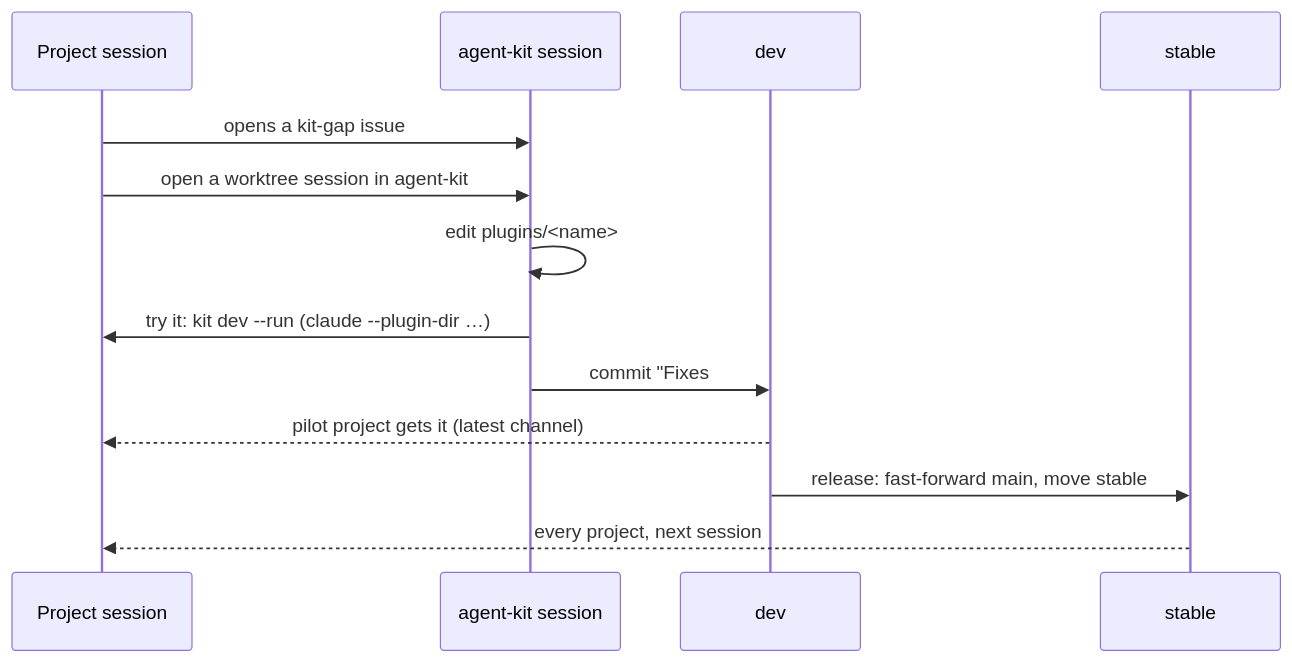
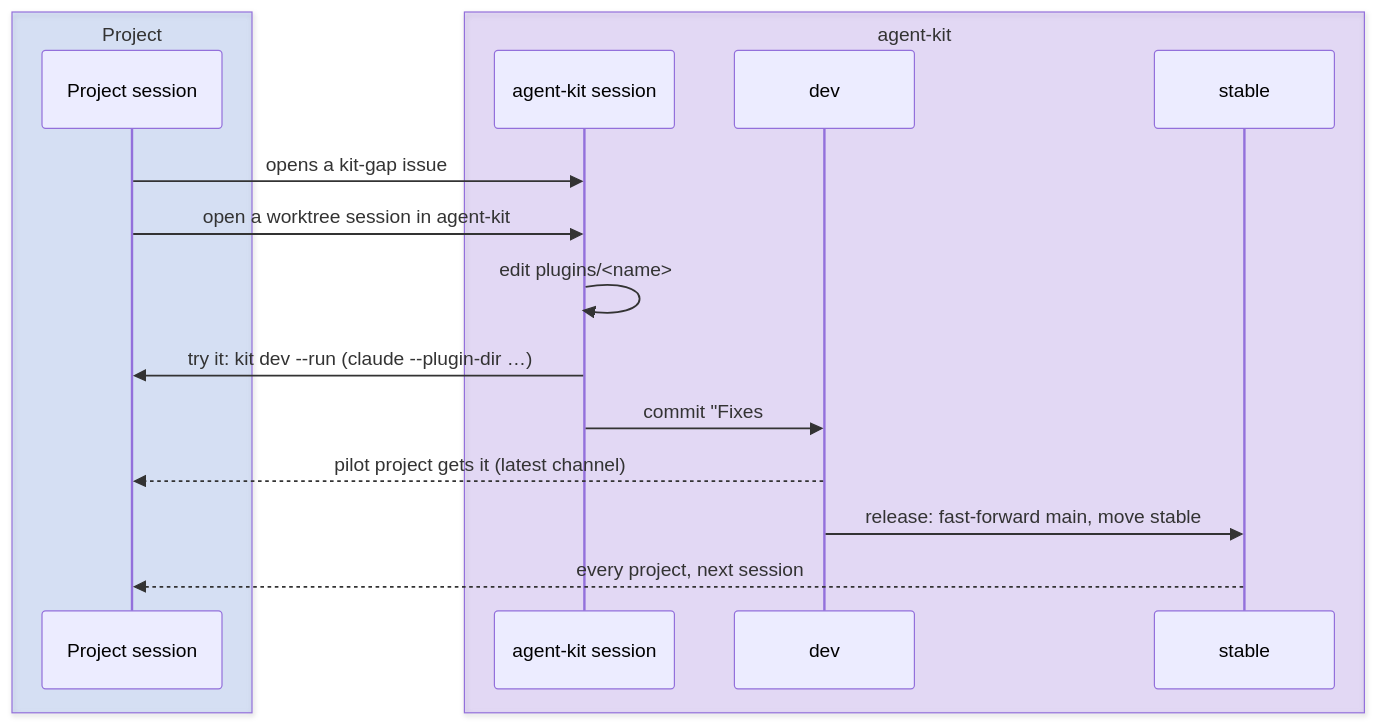
The second of 2 diagrams in docs/changing.md (3meyc/agent-kit), drawn with Mermaid before and after one commit. The commit also changed other lines of this file and 16 other files, not shown here.

First line of the commit message:
docs: colour every diagram, start the evolution pages, retire the design banner

````diff
--- a/docs/changing.md
+++ b/docs/changing.md
@@ -29,15 +46,19 @@
 ```mermaid
 sequenceDiagram
+  box rgba(37,99,235,0.15) Project
   participant P as Project session
+  end
+  box rgba(124,58,237,0.15) agent-kit
   participant K as agent-kit session
   participant M as dev
   participant S as stable
+  end
   P->>K: opens a kit-gap issue #n
   P->>K: open a worktree session in agent-kit
   K->>K: edit plugins/<name>
   K->>P: try it: kit dev --run (claude --plugin-dir …)
   K->>M: commit "Fixes #n", merge
   M-->>P: pilot project gets it (latest channel)
   M->>S: release: fast-forward main, move stable
   S-->>P: every project, next session
 ```
````
